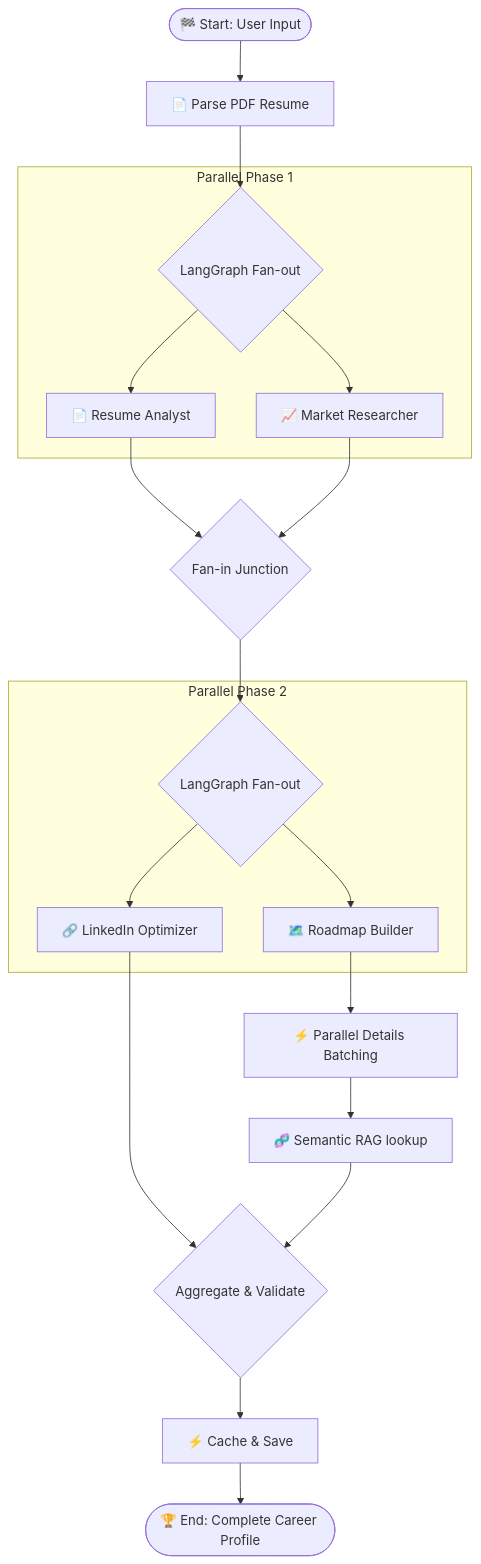
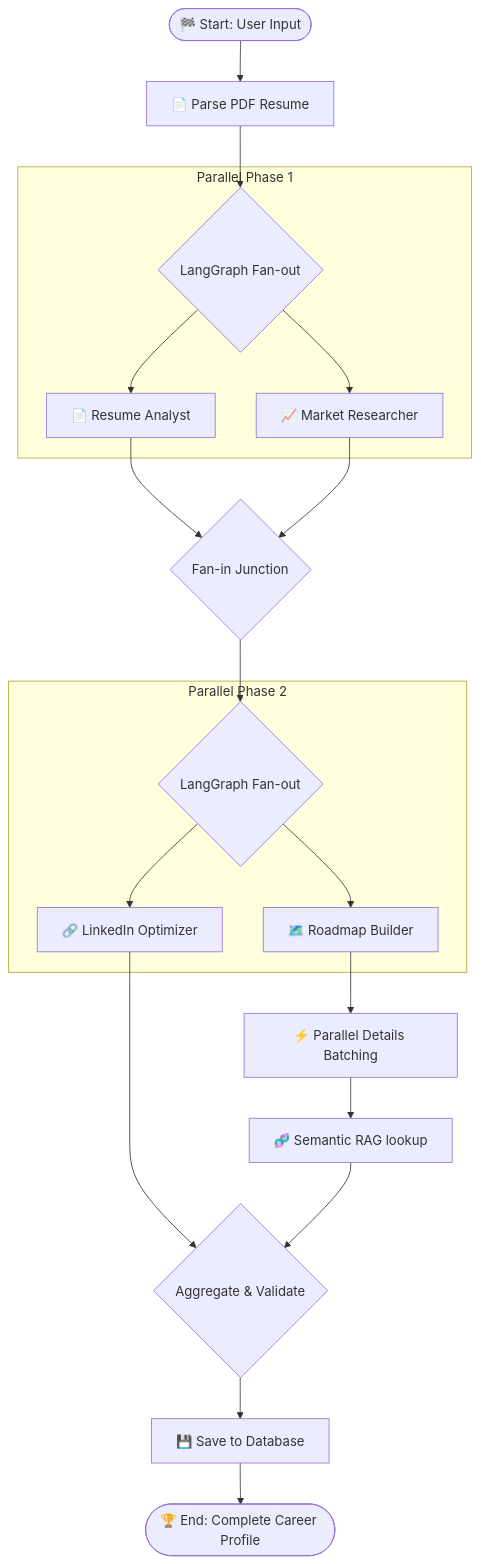
Before and after one commit to Anil-Pradhan-web/ai-career-mentor: the second of 4 diagrams in README.md, drawn with Mermaid. The commit also changed other lines of this file and 23 other files, not shown here.

````diff
--- a/README.md
+++ b/README.md
@@ -340,29 +340,29 @@
 ```mermaid
 graph TD
     Start([🏁 Start: User Input]) --> Parse[📄 Parse PDF Resume]
     Parse --> Dispatch{LangGraph Fan-out}
     
     subgraph Parallel Phase 1
         Dispatch --> Resume[📄 Resume Analyst]
         Dispatch --> Market[📈 Market Researcher]
     end
     
     Resume --> Wait{Fan-in Junction}
     Market --> Wait
     
     Wait --> Fanout2{LangGraph Fan-out}
     
     subgraph Parallel Phase 2
         Fanout2 --> LinkedIn[🔗 LinkedIn Optimizer]
         Fanout2 --> Roadmap[🗺️ Roadmap Builder]
     end
     
     Roadmap --> Batch[⚡ Parallel Details Batching]
     Batch --> RAG[🧬 Semantic RAG lookup]
     
     LinkedIn --> Output{Aggregate & Validate}
     RAG --> Output
     
-    Output --> Cache[⚡ Cache & Save]
-    Cache --> End([🏆 End: Complete Career Profile])
+    Output --> DB[💾 Save to Database]
+    DB --> End([🏆 End: Complete Career Profile])
 ```
````
